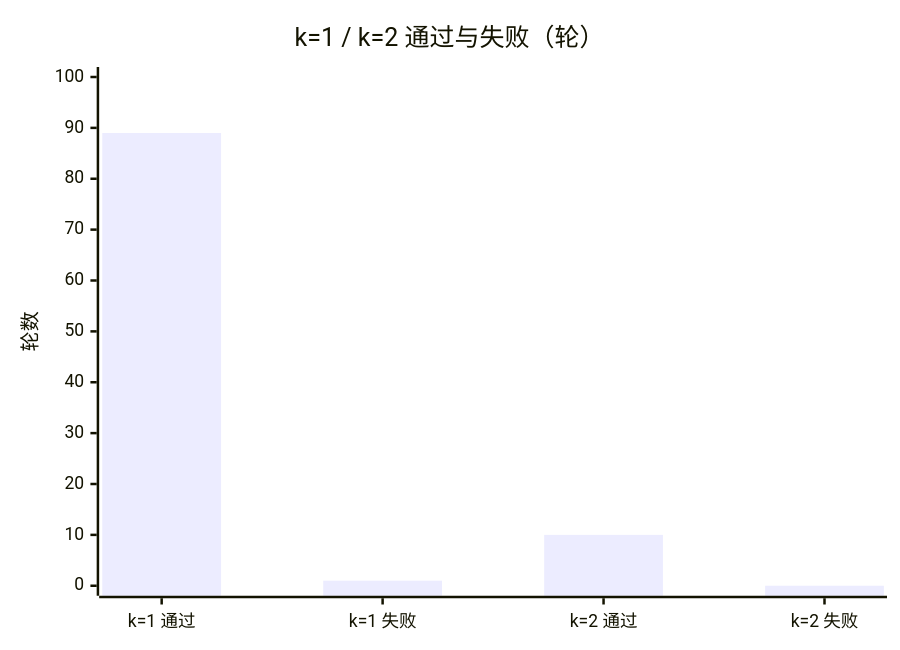
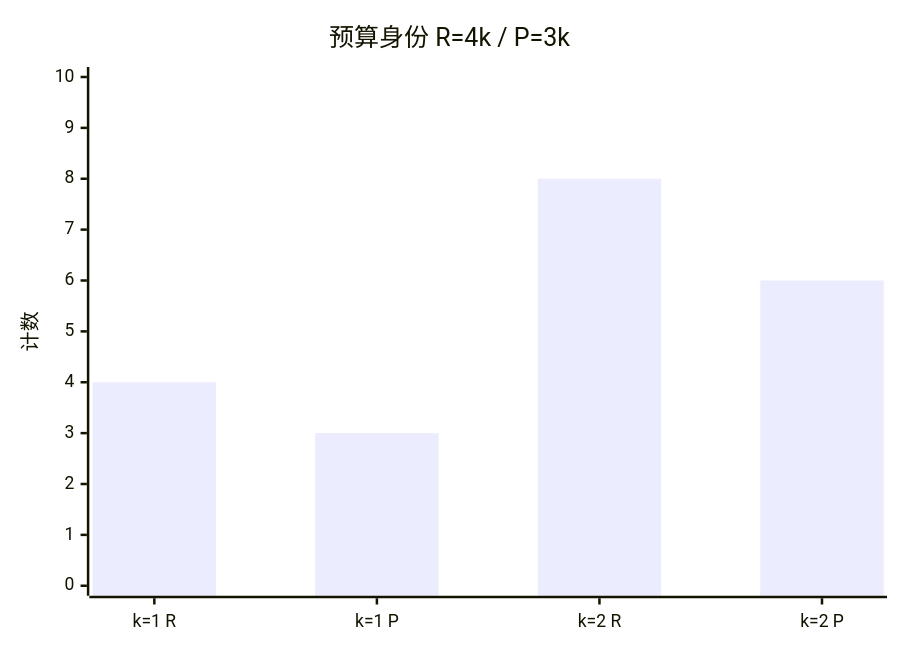
Before and after one commit to linuslin-cto/Metamorph: the fourth of 5 diagrams in docs/EVAL.md, drawn with Mermaid. The commit also changed other lines of this file, not shown here.

Commit message:
docs: paper-aligned eval report with charts (k=1/k=2)

````diff
--- a/docs/EVAL.md
+++ b/docs/EVAL.md
@@ -75,7 +80,7 @@
 ```mermaid
 xychart-beta
-    title "k=1 / k=2 通过与失败（轮）"
-    x-axis ["k=1 通过", "k=1 失败", "k=2 通过", "k=2 失败"]
-    y-axis "轮数" 0 --> 100
-    bar [89, 1, 10, 0]
+    title "预算身份 R=4k / P=3k"
+    x-axis ["k=1 R", "k=1 P", "k=2 R", "k=2 P"]
+    y-axis "计数" 0 --> 10
+    bar [4, 3, 8, 6]
 ```
````
